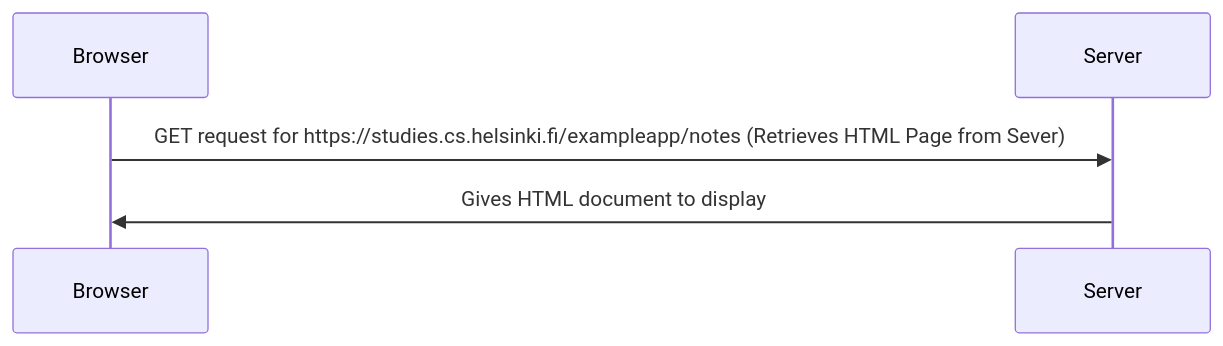
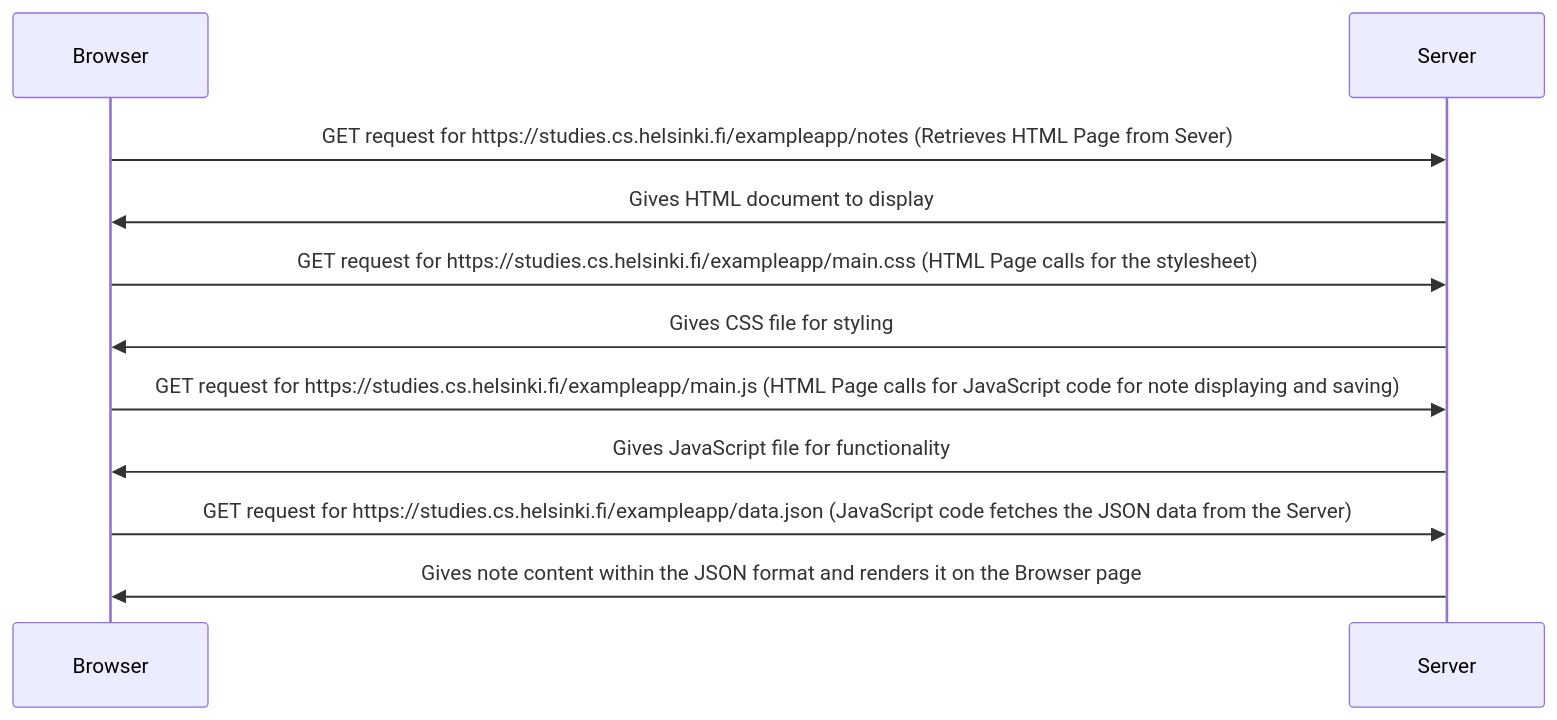
One commit to MattEnricoFlores/fsopen-course-submissions changed the diagram in part0/0.4noteDiagram.md. Above: the diagram before and after it, drawn with Mermaid.

Commit message:
Add additional GET requests and responses to diagram

````diff
--- a/part0/0.4noteDiagram.md
+++ b/part0/0.4noteDiagram.md
@@ -1,10 +1,15 @@
 ```mermaid
 sequenceDiagram
 participant Browser
 participant Server
 
 Browser->>Server: GET request for https://studies.cs.helsinki.fi/exampleapp/notes (Retrieves HTML Page from Sever)
 Server->>Browser: Gives HTML document to display
-
+Browser->>Server: GET request for https://studies.cs.helsinki.fi/exampleapp/main.css (HTML Page calls for the stylesheet)
+Server->>Browser: Gives CSS file for styling
+Browser->>Server: GET request for https://studies.cs.helsinki.fi/exampleapp/main.js (HTML Page calls for JavaScript code for note displaying and saving)
+Server->>Browser: Gives JavaScript file for functionality
+Browser->>Server: GET request for https://studies.cs.helsinki.fi/exampleapp/data.json (JavaScript code fetches the JSON data from the Server)
+Server->>Browser: Gives note content within the JSON format and renders it on the Browser page
 
 ```
````
